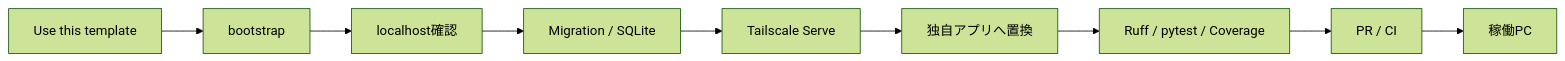
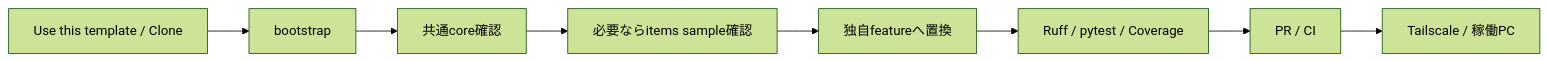
Before and after one commit to k-systems202208/python-sqlite-tailscale-webapp-template: the first of 6 diagrams in README.md, drawn with Mermaid (forest theme). The commit also changed other lines of this file and 26 other files, not shown here.

````diff
--- a/README.md
+++ b/README.md
@@ -9,11 +9,10 @@
 ```mermaid
 flowchart LR
-    A["Use this template"] --> B["bootstrap"]
-    B --> C["localhost確認"]
-    C --> D["Migration / SQLite"]
-    D --> E["Tailscale Serve"]
-    E --> F["独自アプリへ置換"]
-    F --> Q["Ruff / pytest / Coverage"]
+    A["Use this template / Clone"] --> B["bootstrap"]
+    B --> C["共通core確認"]
+    C --> D["必要ならitems sample確認"]
+    D --> E["独自featureへ置換"]
+    E --> Q["Ruff / pytest / Coverage"]
     Q --> G["PR / CI"]
-    G --> H["稼働PC"]
+    G --> H["Tailscale / 稼働PC"]
 ```
````
